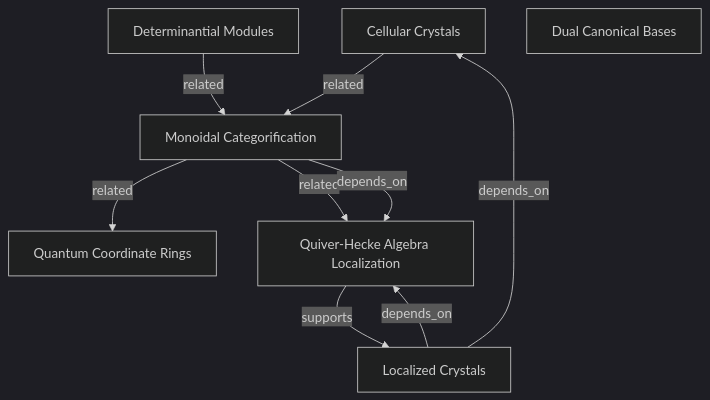
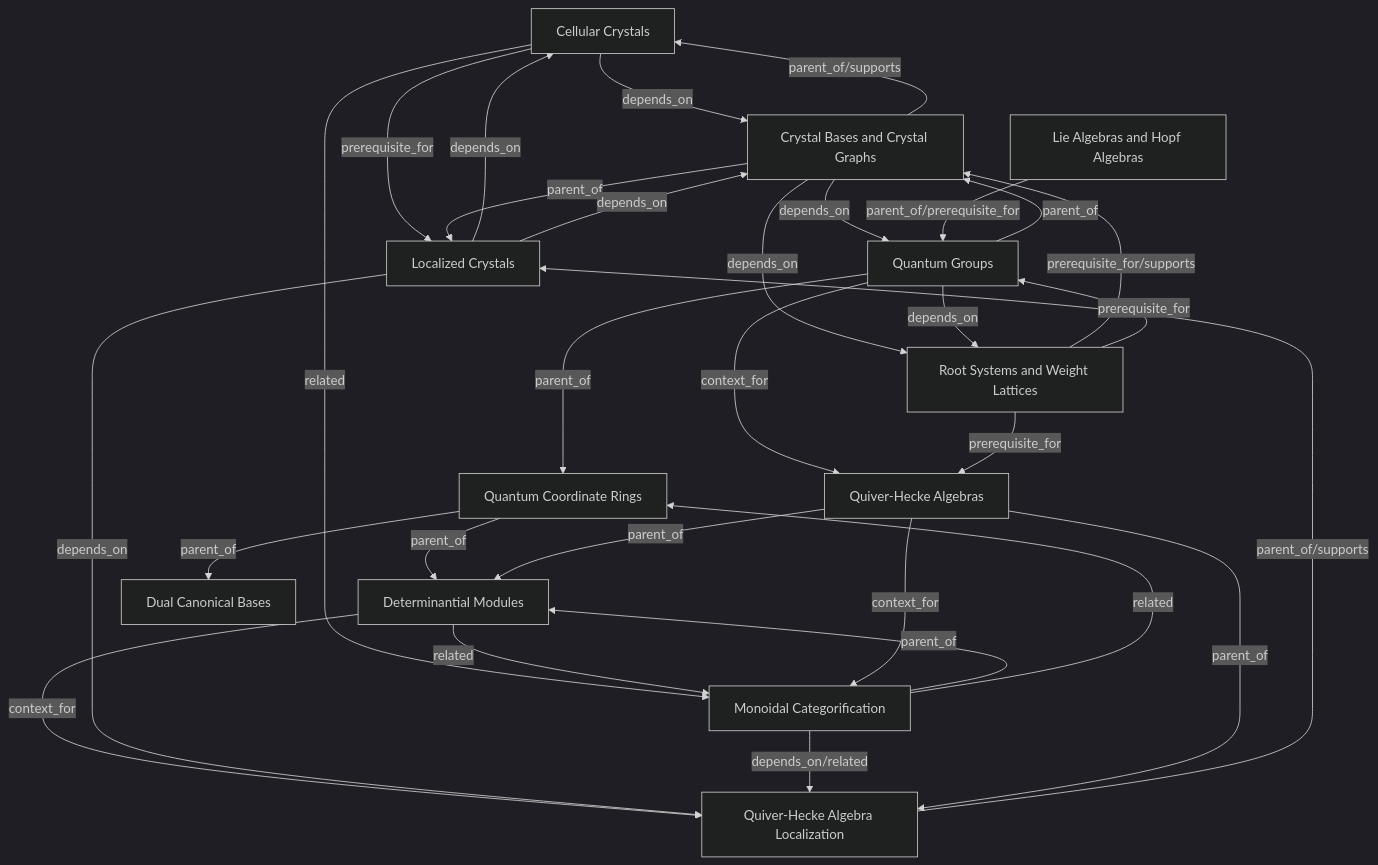
Before and after one commit to JungW-S/quartz: the diagram in content/maps/global-topic-graph.md, drawn with Mermaid (dark theme). The commit also changed other lines of this file and 47 other files, not shown here.

````diff
--- a/content/maps/global-topic-graph.md
+++ b/content/maps/global-topic-graph.md
@@ -7,18 +7,44 @@
 ```mermaid
 flowchart TD
   cellular_crystals["Cellular Crystals"]
+  crystal_bases["Crystal Bases and Crystal Graphs"]
   determinantial_modules["Determinantial Modules"]
   dual_canonical_bases["Dual Canonical Bases"]
+  lie_algebras_and_hopf_algebras["Lie Algebras and Hopf Algebras"]
   localized_crystals["Localized Crystals"]
   monoidal_categorification["Monoidal Categorification"]
   quantum_coordinate_rings["Quantum Coordinate Rings"]
+  quantum_groups["Quantum Groups"]
   quiver_hecke_algebra_localization["Quiver-Hecke Algebra Localization"]
+  quiver_hecke_algebras["Quiver-Hecke Algebras"]
+  root_systems_and_weight_lattices["Root Systems and Weight Lattices"]
+  cellular_crystals -->|depends_on| crystal_bases
+  cellular_crystals -->|prerequisite_for| localized_crystals
+  cellular_crystals -->|related| monoidal_categorification
+  crystal_bases -->|parent_of/supports| cellular_crystals
+  crystal_bases -->|parent_of| localized_crystals
+  crystal_bases -->|depends_on| quantum_groups
+  crystal_bases -->|depends_on| root_systems_and_weight_lattices
+  determinantial_modules -->|related| monoidal_categorification
+  determinantial_modules -->|context_for| quiver_hecke_algebra_localization
+  lie_algebras_and_hopf_algebras -->|parent_of/prerequisite_for| quantum_groups
+  localized_crystals -->|depends_on| cellular_crystals
+  localized_crystals -->|depends_on| crystal_bases
+  localized_crystals -->|depends_on| quiver_hecke_algebra_localization
+  monoidal_categorification -->|parent_of| determinantial_modules
   monoidal_categorification -->|related| quantum_coordinate_rings
-  monoidal_categorification -->|related| quiver_hecke_algebra_localization
-  determinantial_modules -->|related| monoidal_categorification
-  monoidal_categorification -->|depends_on| quiver_hecke_algebra_localization
-  localized_crystals -->|depends_on| quiver_hecke_algebra_localization
-  localized_crystals -->|depends_on| cellular_crystals
-  cellular_crystals -->|related| monoidal_categorification
-  quiver_hecke_algebra_localization -->|supports| localized_crystals
+  monoidal_categorification -->|depends_on/related| quiver_hecke_algebra_localization
+  quantum_coordinate_rings -->|parent_of| determinantial_modules
+  quantum_coordinate_rings -->|parent_of| dual_canonical_bases
+  quantum_groups -->|parent_of| crystal_bases
+  quantum_groups -->|parent_of| quantum_coordinate_rings
+  quantum_groups -->|context_for| quiver_hecke_algebras
+  quantum_groups -->|depends_on| root_systems_and_weight_lattices
+  quiver_hecke_algebra_localization -->|parent_of/supports| localized_crystals
+  quiver_hecke_algebras -->|parent_of| determinantial_modules
+  quiver_hecke_algebras -->|context_for| monoidal_categorification
+  quiver_hecke_algebras -->|parent_of| quiver_hecke_algebra_localization
+  root_systems_and_weight_lattices -->|prerequisite_for/supports| crystal_bases
+  root_systems_and_weight_lattices -->|prerequisite_for| quantum_groups
+  root_systems_and_weight_lattices -->|prerequisite_for| quiver_hecke_algebras
 ```
````
